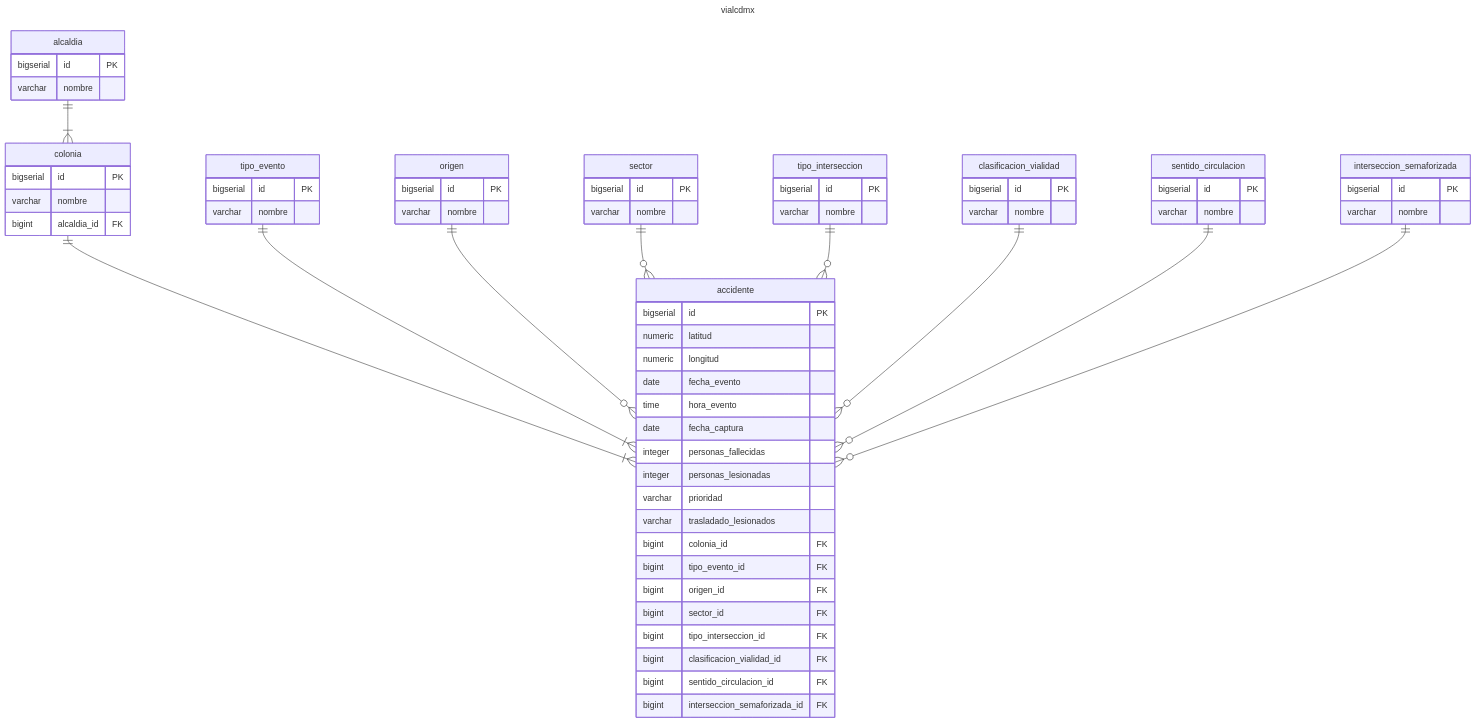
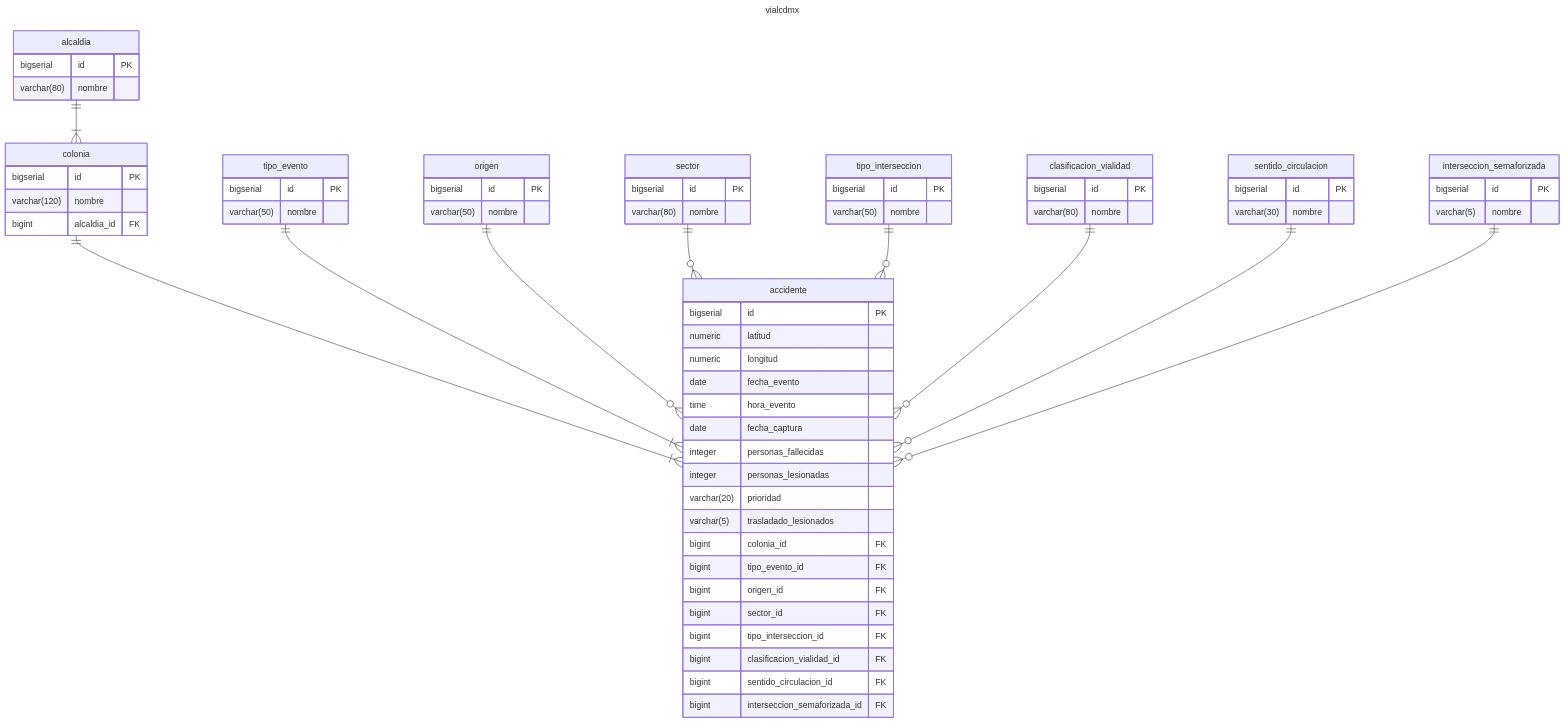
The diagram in README.md (joltdot/proyecto_bd), drawn with Mermaid before and after one commit.

Commit message:
Update varchar lengths in database schema

````diff
--- a/README.md
+++ b/README.md
@@ -362,74 +362,74 @@
 ```mermaid
 ---
 title: vialcdmx
 ---
 
 erDiagram
     alcaldia ||--|{ colonia : " "
     colonia ||--|{ accidente : " "
     tipo_evento ||--|{ accidente : " "
     origen ||--o{ accidente : " "
     sector ||--o{ accidente : " "
     tipo_interseccion ||--o{ accidente : " "
     clasificacion_vialidad ||--o{ accidente : " "
     sentido_circulacion ||--o{ accidente : " "
     interseccion_semaforizada ||--o{ accidente : " "
 
     alcaldia {
         bigserial id PK
-        varchar nombre
+        varchar(80) nombre
     }
     colonia {
         bigserial id PK
-        varchar nombre
+        varchar(120) nombre
         bigint alcaldia_id FK
     }
     tipo_evento {
         bigserial id PK
-        varchar nombre
+        varchar(50) nombre
     }
     origen {
         bigserial id PK
-        varchar nombre
+        varchar(50) nombre
     }
     sector {
         bigserial id PK
-        varchar nombre
+        varchar(80) nombre
     }
     tipo_interseccion {
         bigserial id PK
-        varchar nombre
+        varchar(50) nombre
     }
     clasificacion_vialidad {
         bigserial id PK
-        varchar nombre
+        varchar(80) nombre
     }
     sentido_circulacion {
         bigserial id PK
-        varchar nombre
+        varchar(30) nombre
     }
     interseccion_semaforizada {
         bigserial id PK
-        varchar nombre
+        varchar(5) nombre
     }
     accidente {
         bigserial id PK
         numeric latitud
         numeric longitud
         date fecha_evento
         time hora_evento
         date fecha_captura
         integer personas_fallecidas
         integer personas_lesionadas
-        varchar prioridad
-        varchar trasladado_lesionados
+        varchar(20) prioridad
+        varchar(5) trasladado_lesionados
         bigint colonia_id FK
         bigint tipo_evento_id FK
         bigint origen_id FK
         bigint sector_id FK
         bigint tipo_interseccion_id FK
         bigint clasificacion_vialidad_id FK
         bigint sentido_circulacion_id FK
         bigint interseccion_semaforizada_id FK
     }
 ```
````
